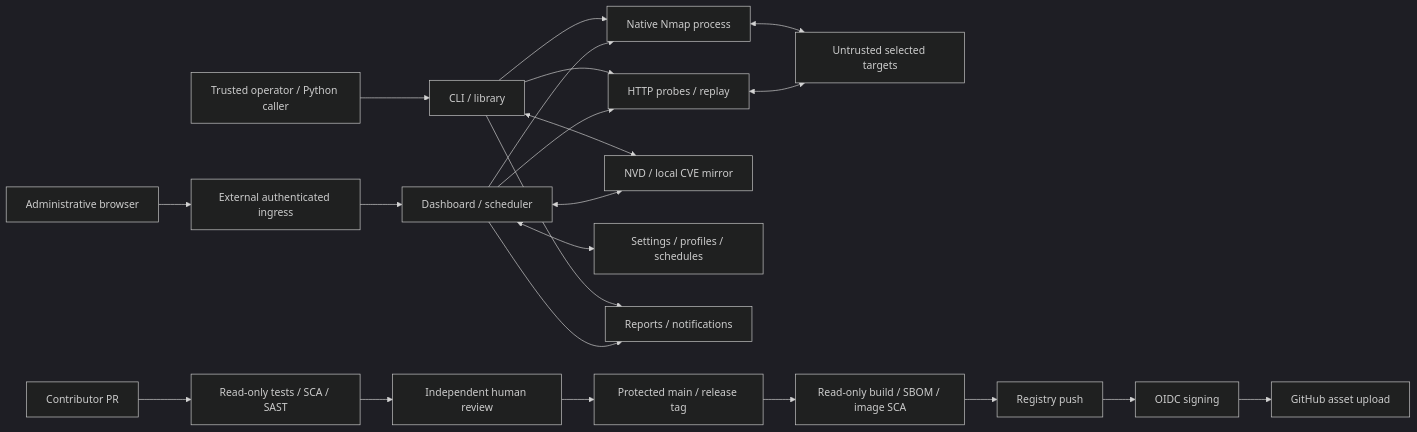
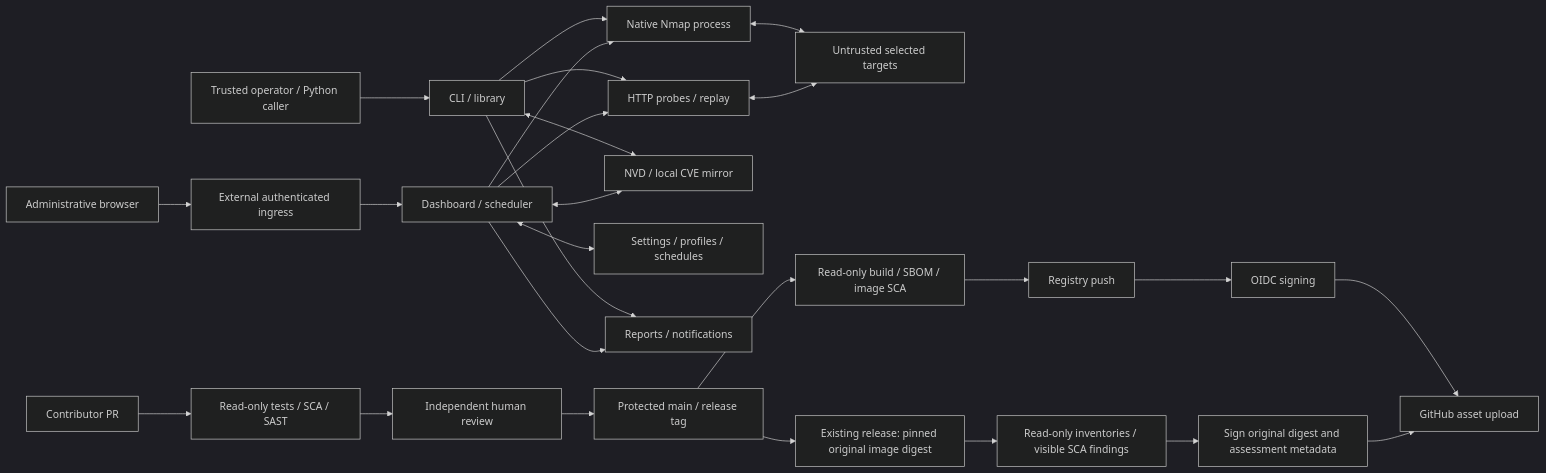
The diagram in docs/THREAT_MODEL.md (GamehunterKaan/AutoPWN-Suite), drawn with Mermaid (dark theme) before and after one commit. The commit also changed other lines of this file and 8 other files, not shown here.

Commit message:
Add authenticity-only signature backfill for existing releases

````diff
--- a/docs/THREAT_MODEL.md
+++ b/docs/THREAT_MODEL.md
@@ -31,24 +34,28 @@
 ```mermaid
 flowchart LR
   O[Trusted operator / Python caller] --> C[CLI / library]
   B[Administrative browser] --> I[External authenticated ingress]
   I --> W[Dashboard / scheduler]
   C --> N[Native Nmap process]
   W --> N
   C --> H[HTTP probes / replay]
   W --> H
   N <--> T[Untrusted selected targets]
   H <--> T
   C <--> V[NVD / local CVE mirror]
   W <--> V
   W <--> D[Settings / profiles / schedules]
   C --> R[Reports / notifications]
   W --> R
   P[Contributor PR] --> Q[Read-only tests / SCA / SAST]
   Q --> U[Independent human review]
   U --> M[Protected main / release tag]
   M --> A[Read-only build / SBOM / image SCA]
   A --> X[Registry push]
   X --> S[OIDC signing]
   S --> G[GitHub asset upload]
+  M --> AB[Existing release: pinned original image digest]
+  AB --> AI[Read-only inventories / visible SCA findings]
+  AI --> AS[Sign original digest and assessment metadata]
+  AS --> G
 ```
````
